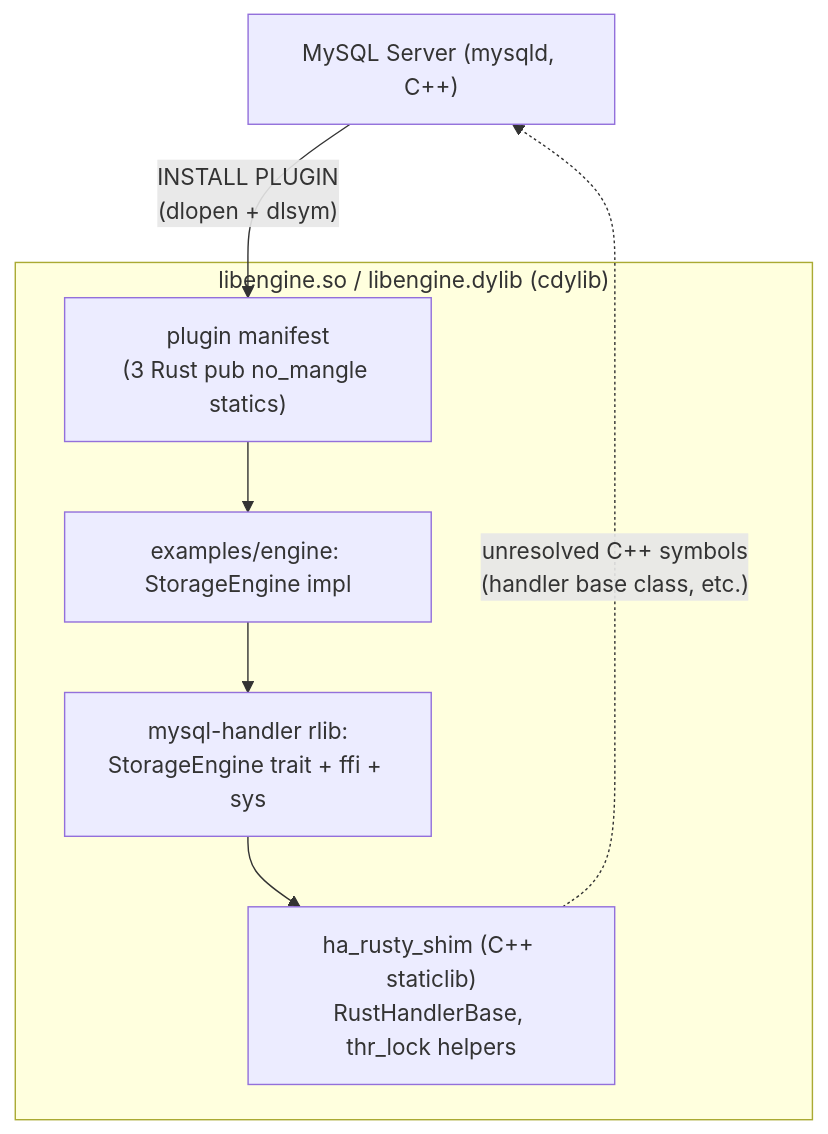
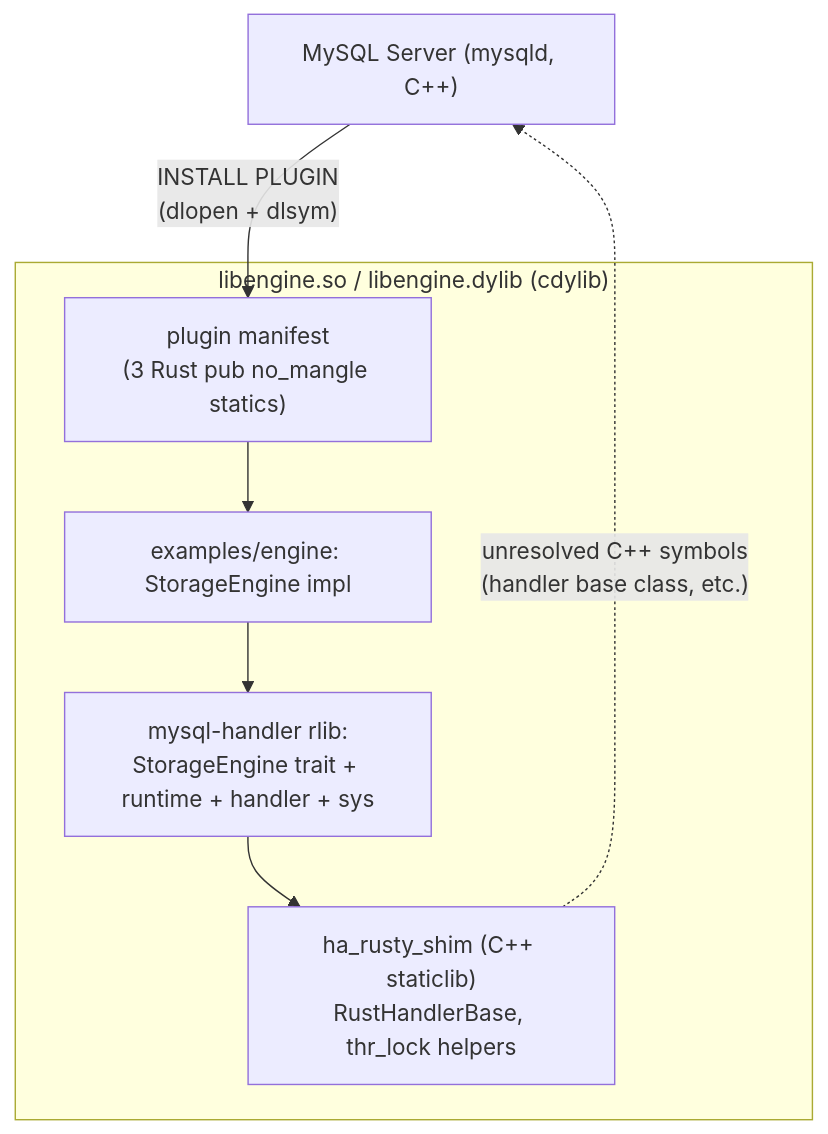
One commit to ren-yamanashi/rusty_mysql_handler changed the diagram in docs/architecture.md. Above: the diagram before and after it, drawn with Mermaid. The commit also changed 17 other files, not shown here.

Commit message:
refactor: reorganize FFI and engine modules by responsibility (#7)

````diff
--- a/docs/architecture.md
+++ b/docs/architecture.md
@@ -9,13 +9,13 @@
 ```mermaid
 graph TD
   A["MySQL Server (mysqld, C++)"]
   subgraph cdylib["libengine.so / libengine.dylib (cdylib)"]
     B["plugin manifest<br/>(3 Rust pub no_mangle statics)"]
     C["examples/engine: StorageEngine impl"]
-    D["mysql-handler rlib:<br/>StorageEngine trait + ffi + sys"]
+    D["mysql-handler rlib:<br/>StorageEngine trait + runtime + handler + sys"]
     E["ha_rusty_shim (C++ staticlib)<br/>RustHandlerBase, thr_lock helpers"]
     B --> C --> D --> E
   end
   A -->|"INSTALL PLUGIN<br/>(dlopen + dlsym)"| B
   E -. "unresolved C++ symbols<br/>(handler base class, etc.)" .-> A
 ```
````
